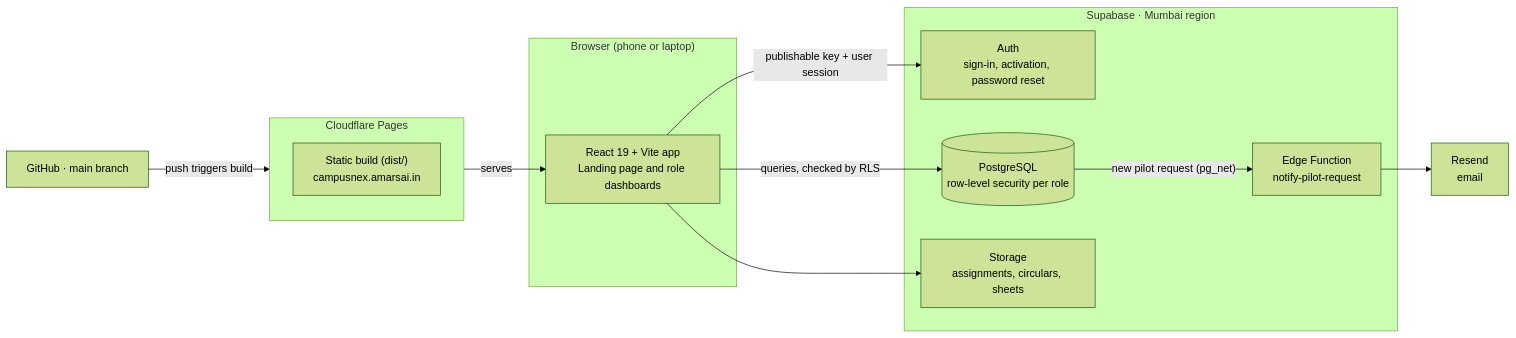
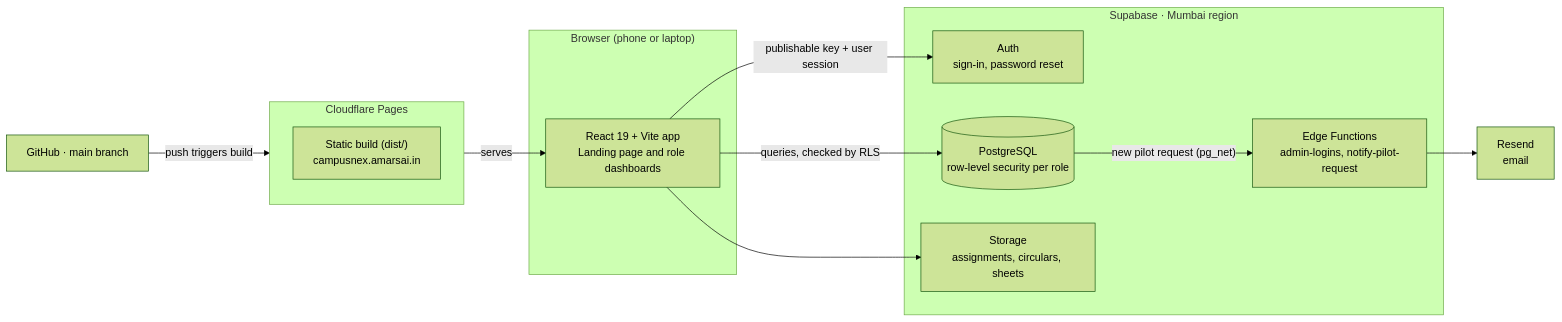
One commit to AmarSai01/campusnex changed the first of 4 diagrams in README.md. Above: the diagram before and after it, drawn with Mermaid (forest theme). The commit also changed other lines of this file and 3 other files, not shown here.

Commit message:
Remove self-activation code; READMEs describe admin-created logins (diagram, setup steps)

````diff
--- a/README.md
+++ b/README.md
@@ -60,28 +60,28 @@
 ```mermaid
 flowchart LR
   subgraph Browser["Browser (phone or laptop)"]
     App["React 19 + Vite app<br/>Landing page and role dashboards"]
   end
 
   subgraph CF["Cloudflare Pages"]
     Static["Static build (dist/)<br/>campusnex.amarsai.in"]
   end
 
   subgraph SB["Supabase · Mumbai region"]
-    Auth["Auth<br/>sign-in, activation, password reset"]
+    Auth["Auth<br/>sign-in, password reset"]
     DB[("PostgreSQL<br/>row-level security per role")]
     Storage["Storage<br/>assignments, circulars, sheets"]
-    Fn["Edge Function<br/>notify-pilot-request"]
+    Fn["Edge Functions<br/>admin-logins, notify-pilot-request"]
   end
 
   Resend["Resend<br/>email"]
   GH["GitHub · main branch"]
 
   GH -- "push triggers build" --> CF
   CF -- "serves" --> App
   App -- "publishable key + user session" --> Auth
   App -- "queries, checked by RLS" --> DB
   App --> Storage
   DB -- "new pilot request (pg_net)" --> Fn
   Fn --> Resend
 ```
````
